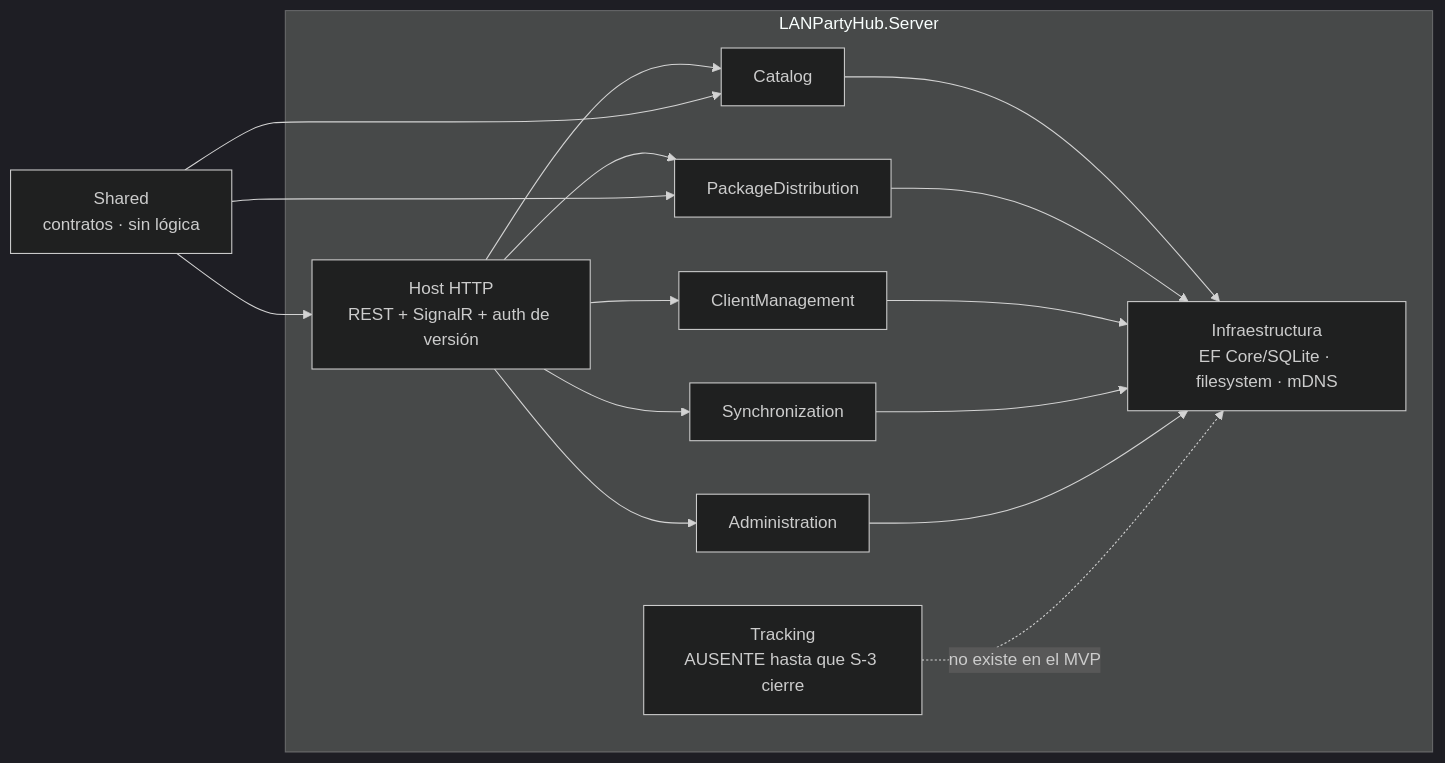
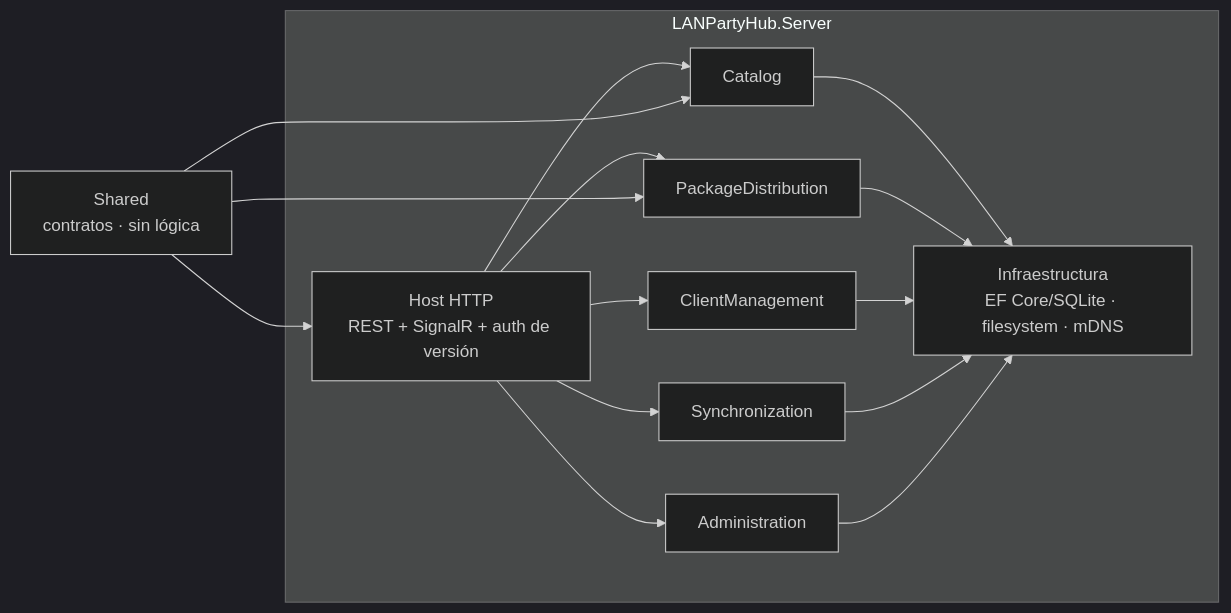
The second of 10 diagrams in _bmad-output/planning-artifacts/architecture/architecture-lan-party-hub-2026-10-26/ARCHITECTURE-SPINE.md (vertigo7x/lan-party-hub), drawn with Mermaid (dark theme) before and after one commit. The commit also changed other lines of this file and 4 other files, not shown here.

````diff
--- a/_bmad-output/planning-artifacts/architecture/architecture-lan-party-hub-2026-10-26/ARCHITECTURE-SPINE.md
+++ b/_bmad-output/planning-artifacts/architecture/architecture-lan-party-hub-2026-10-26/ARCHITECTURE-SPINE.md
@@ -376,30 +448,28 @@
 ```mermaid
 flowchart LR
     Shared["Shared<br/>contratos · sin lógica"]
 
     subgraph Server["LANPartyHub.Server"]
         API["Host HTTP<br/>REST + SignalR + auth de versión"]
         Catalog["Catalog"]
         Dist["PackageDistribution"]
         ClientMgmt["ClientManagement"]
         Sync["Synchronization"]
         Admin["Administration"]
-        Tracker["Tracking<br/>AUSENTE hasta que S-3 cierre"]
         Infra["Infraestructura<br/>EF Core/SQLite · filesystem · mDNS"]
     end
 
     API --> Catalog
     API --> Dist
     API --> ClientMgmt
     API --> Sync
     API --> Admin
     Catalog --> Infra
     Dist --> Infra
     ClientMgmt --> Infra
     Sync --> Infra
     Admin --> Infra
-    Tracker -.->|no existe en el MVP| Infra
     Shared --> API
     Shared --> Catalog
     Shared --> Dist
 ```
````
